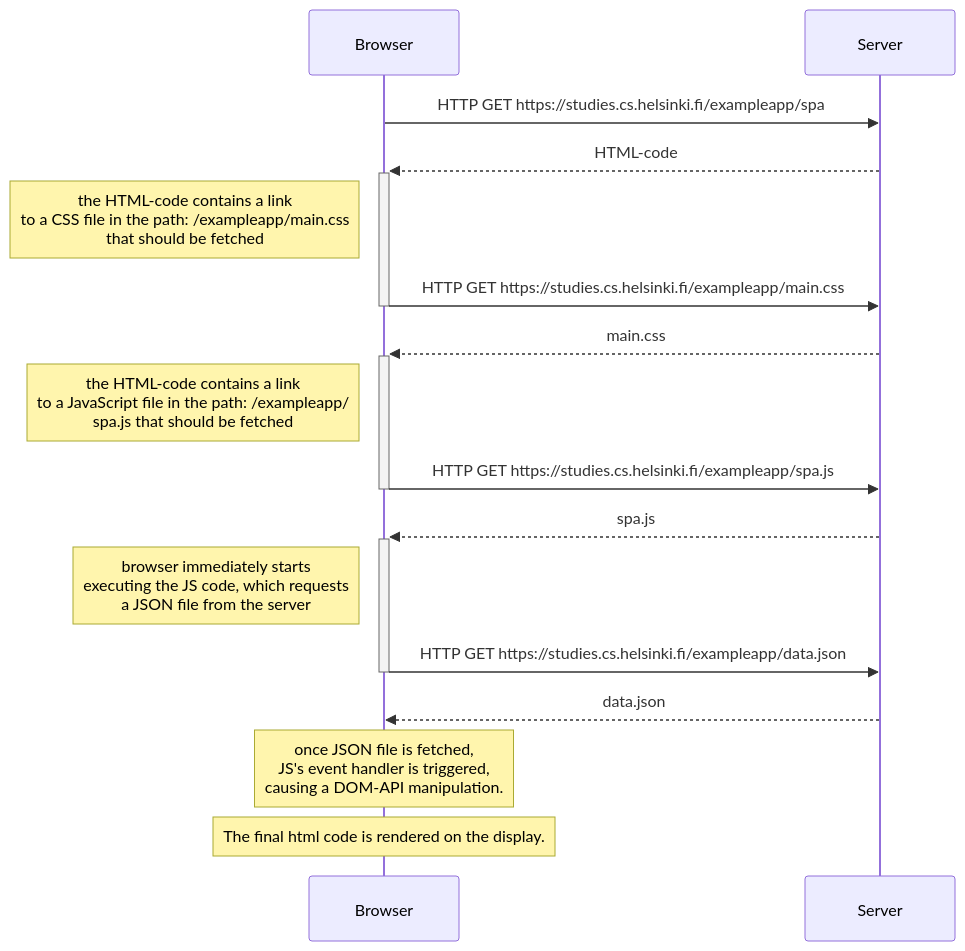
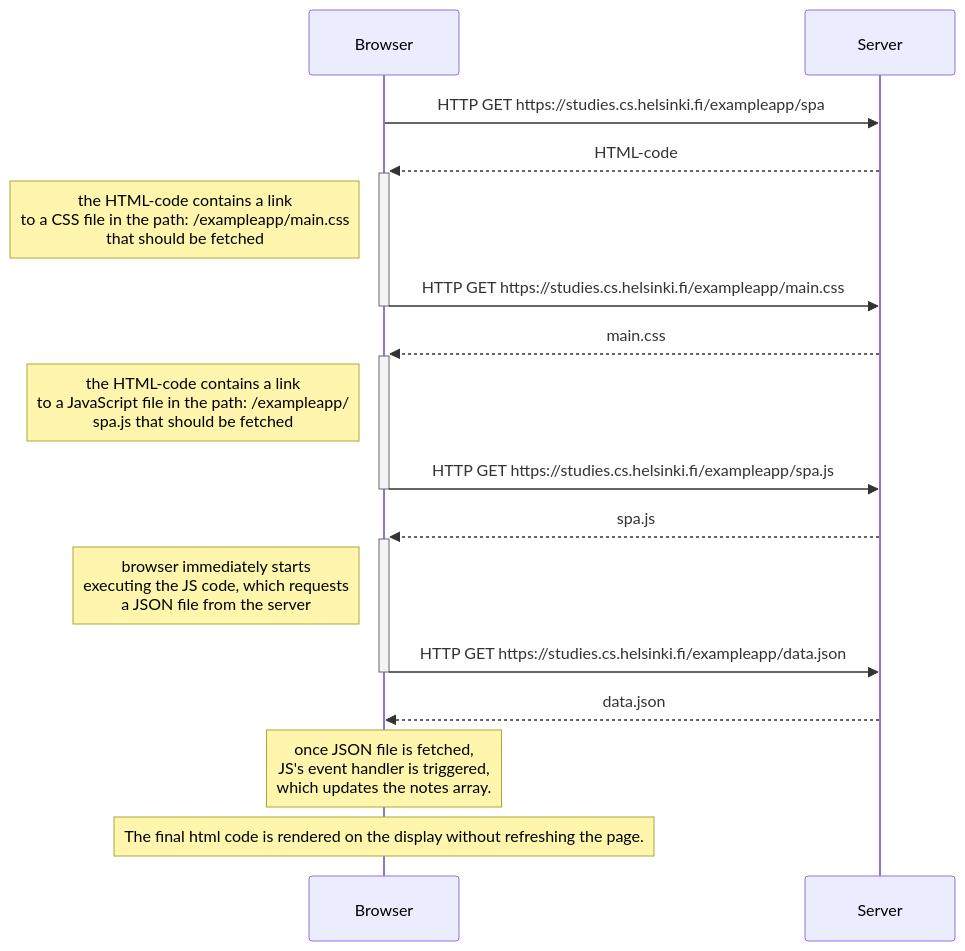
Before and after one commit to sahandsn/FullStackOpen-Course: the diagram in part0/5.single-page-app-diagram/sequence.md, drawn with Mermaid.

Commit message:
part0 question5 edit

````diff
--- a/part0/5.single-page-app-diagram/sequence.md
+++ b/part0/5.single-page-app-diagram/sequence.md
@@ -24,24 +24,24 @@
 ```mermaid
     sequenceDiagram
         participant b as Browser
         participant s as Server
 
         b->>s: HTTP GET https://studies.cs.helsinki.fi/exampleapp/spa
         s-->>+b: HTML-code
         note left of b: the HTML-code contains a link<br/> to a CSS file in the path: /exampleapp/main.css<br/> that should be fetched
 
         b->>-s: HTTP GET https://studies.cs.helsinki.fi/exampleapp/main.css
         s-->>+b: main.css
         note left of b: the HTML-code contains a link<br/> to a JavaScript file in the path: /exampleapp/<br/>spa.js that should be fetched
 
         b->>-s: HTTP GET https://studies.cs.helsinki.fi/exampleapp/spa.js
         s-->>+b: spa.js
         note left of b: browser immediately starts <br/>executing the JS code, which requests <br/>a JSON file from the server
 
         b->>-s: HTTP GET https://studies.cs.helsinki.fi/exampleapp/data.json
         s-->>b: data.json
 
-        note over b: once JSON file is fetched,<br/> JS's event handler is triggered, <br/>causing a DOM-API manipulation.
+        note over b: once JSON file is fetched,<br/> JS's event handler is triggered, <br/>which updates the notes array.
 
-        note over b: The final html code is rendered on the display. 
+        note over b: The final html code is rendered on the display without refreshing the page. 
 ```
````
